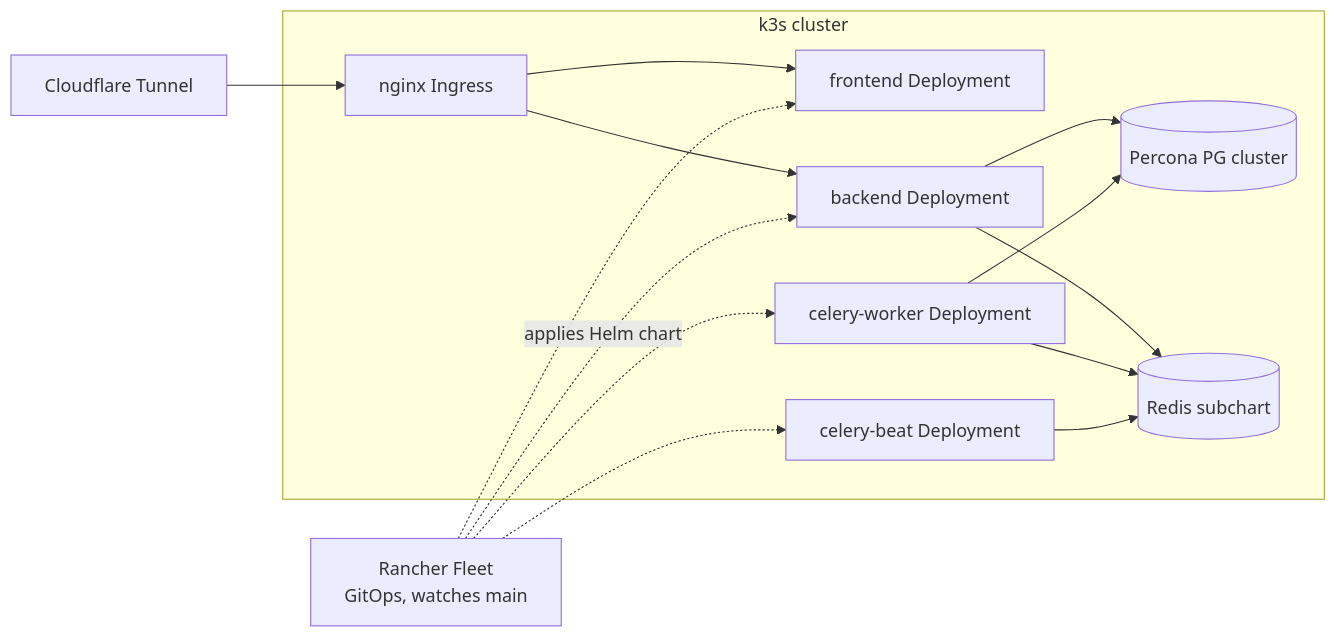
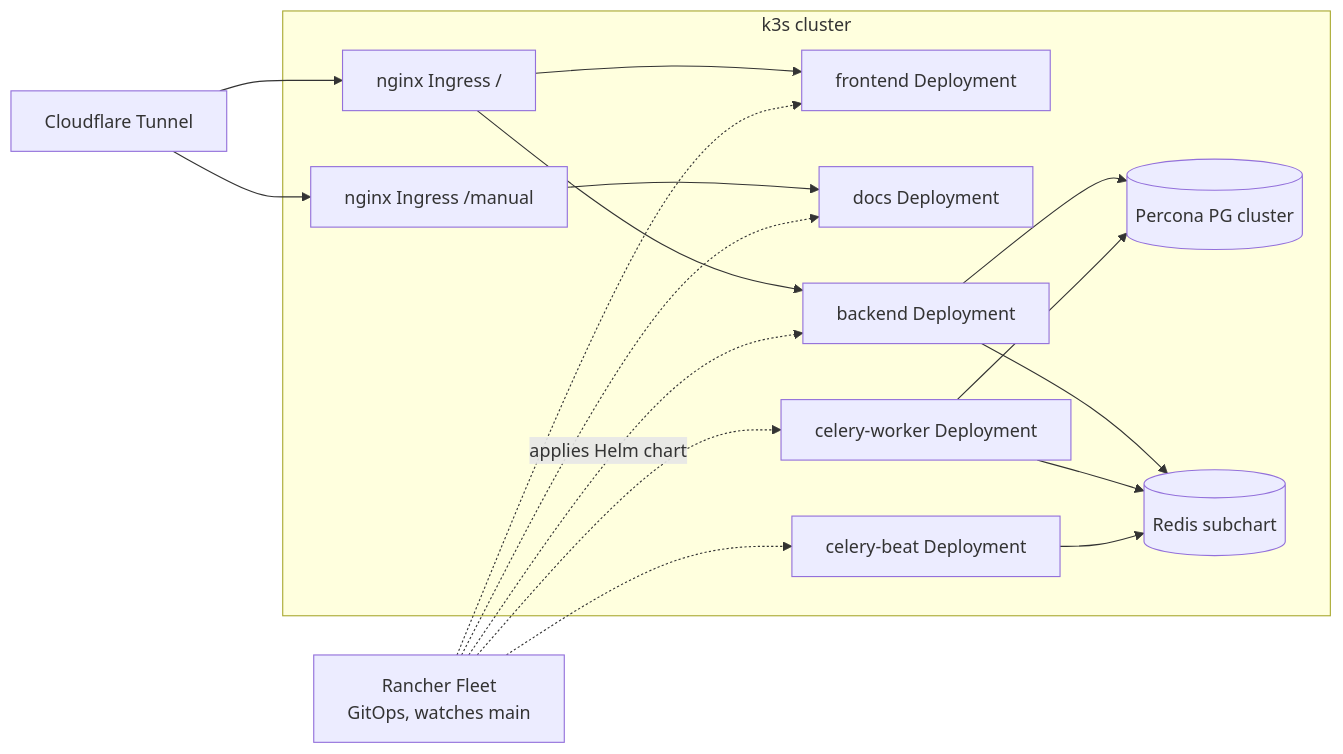
Before and after one commit to GenNetEng/limitless-organizer-tracker: the third of 3 diagrams in docs/architecture.md, drawn with Mermaid. The commit also changed other lines of this file and 10 other files, not shown here.

````diff
--- a/docs/architecture.md
+++ b/docs/architecture.md
@@ -108,27 +108,32 @@
 ```mermaid
 graph LR
     subgraph k3s cluster
-        Ingress[nginx Ingress]
+        Ingress[nginx Ingress /]
+        IngressDocs[nginx Ingress /manual]
         FE[frontend Deployment]
+        Docs[docs Deployment]
         BE[backend Deployment]
         CW[celery-worker Deployment]
         CB[celery-beat Deployment]
         PG[(Percona PG cluster)]
         R[(Redis subchart)]
     end
     Tunnel[Cloudflare Tunnel]
     Fleet[Rancher Fleet<br/>GitOps, watches main]
 
     Tunnel --> Ingress
+    Tunnel --> IngressDocs
     Ingress --> FE
     Ingress --> BE
+    IngressDocs --> Docs
     BE --> PG
     BE --> R
     CW --> PG
     CW --> R
     CB --> R
     Fleet -.->|applies Helm chart| BE
     Fleet -.-> CW
     Fleet -.-> CB
     Fleet -.-> FE
+    Fleet -.-> Docs
 ```
````
